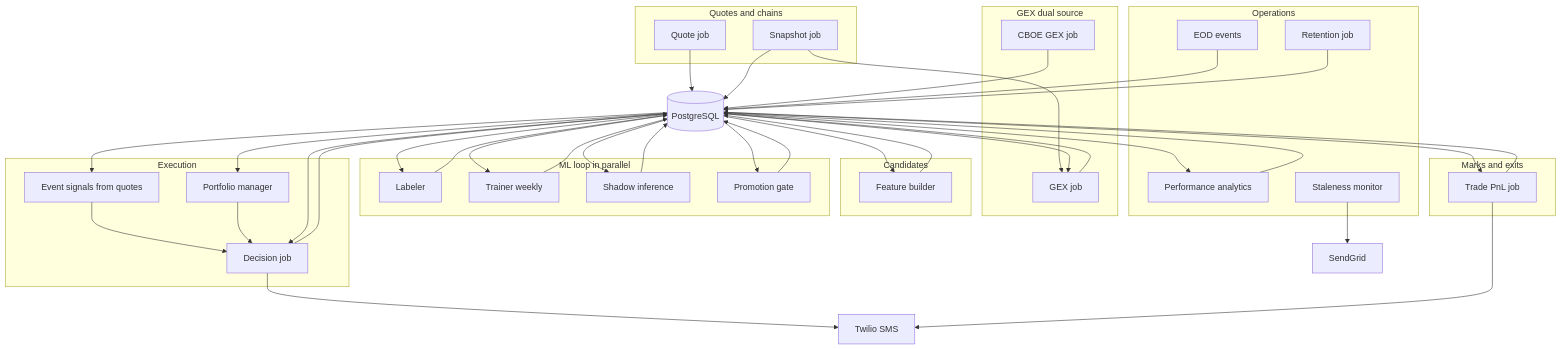
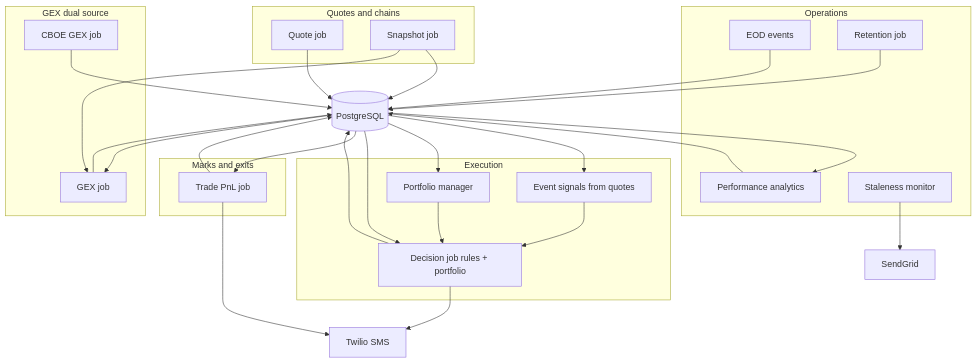
Before and after one commit to Incarnation/Index_spread_lab: the second of 4 diagrams in README.md, drawn with Mermaid. The commit also changed other lines of this file and 56 other files, not shown here.

````diff
--- a/README.md
+++ b/README.md
@@ -50,68 +52,49 @@
 ```mermaid
 flowchart TB
   subgraph capture [Quotes and chains]
     quoteJob[Quote job]
     snapJob[Snapshot job]
   end
   subgraph gamma [GEX dual source]
     gexJob[GEX job]
     cboeJob[CBOE GEX job]
   end
-  subgraph prep [Candidates]
-    featJob[Feature builder]
-  end
   subgraph policy [Execution]
     eventSig[Event signals from quotes]
     portMgr[Portfolio manager]
-    decJob[Decision job]
+    decJob["Decision job rules + portfolio"]
   end
   subgraph lifecycle [Marks and exits]
     pnlJob[Trade PnL job]
-  end
-  subgraph mlLoop [ML loop in parallel]
-    labeler[Labeler]
-    trainer[Trainer weekly]
-    shadow[Shadow inference]
-    promo[Promotion gate]
   end
   subgraph ops [Operations]
     perfJob[Performance analytics]
     eodJob[EOD events]
     staleJob[Staleness monitor]
     retJob[Retention job]
   end
   db[(PostgreSQL)]
   sms[Twilio SMS]
   email[SendGrid]
   quoteJob --> db
   snapJob --> db
   snapJob --> gexJob
   db --> gexJob
   cboeJob --> db
   gexJob --> db
-  db --> featJob
-  featJob --> db
   db --> eventSig
   db --> portMgr
   eventSig --> decJob
   portMgr --> decJob
   db --> decJob
   decJob --> db
   decJob --> sms
   db --> pnlJob
   pnlJob --> db
   pnlJob --> sms
-  db --> labeler
-  labeler --> db
-  db --> trainer
-  trainer --> db
-  db --> shadow
-  shadow --> db
-  db --> promo
-  promo --> db
   db --> perfJob
   perfJob --> db
   eodJob --> db
   retJob --> db
   staleJob --> email
 ```
````
